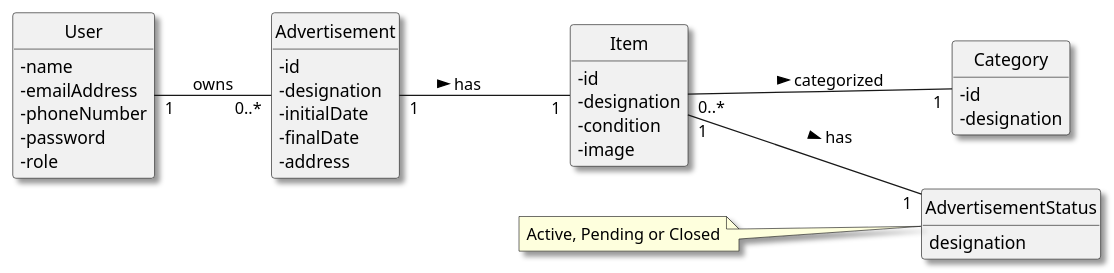
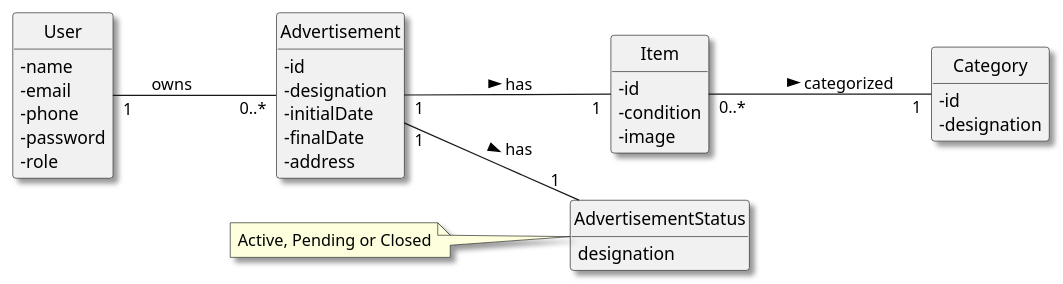
The diagram in Docs/US13/02-analysis/US13-DM.puml (vivianeaalmeida/ComeAndGet), drawn with PlantUML before and after one commit. The commit also changed 25 other files, not shown here.

```diff
--- a/Docs/US13/02-analysis/US13-DM.puml
+++ b/Docs/US13/02-analysis/US13-DM.puml
@@ -1,51 +1,50 @@
 @startuml
 skinparam monochrome false
 skinparam packageStyle rectangle
 skinparam shadowing true
 left to right direction
 skinparam classAttributeIconSize 0
 hide circle
 hide methods
 
 class User {
     - name
-    - emailAddress
-    - phoneNumber
+    - email
+    - phone
     - password
     - role
 }
 
 class Category {
     - id
     - designation
 }
 
 class Item {
     - id
-    - designation
     - condition
     - image
 }
 
 class Advertisement {
     - id
     - designation
     - initialDate
     - finalDate
     - address
 }
 
 enum AdvertisementStatus {
     designation
 }
 
 note left of AdvertisementStatus
 Active, Pending or Closed
 endnote
 
 ' --- Associações ---
 User "1" -- "0..*" Advertisement : owns
 Advertisement "1" -- "1" Item : has >
 Item "0..*" -- "1" Category: categorized >
-Item "1" -- "1" AdvertisementStatus: has >
+Advertisement "1" -- "1" AdvertisementStatus: has >
 @enduml
```
